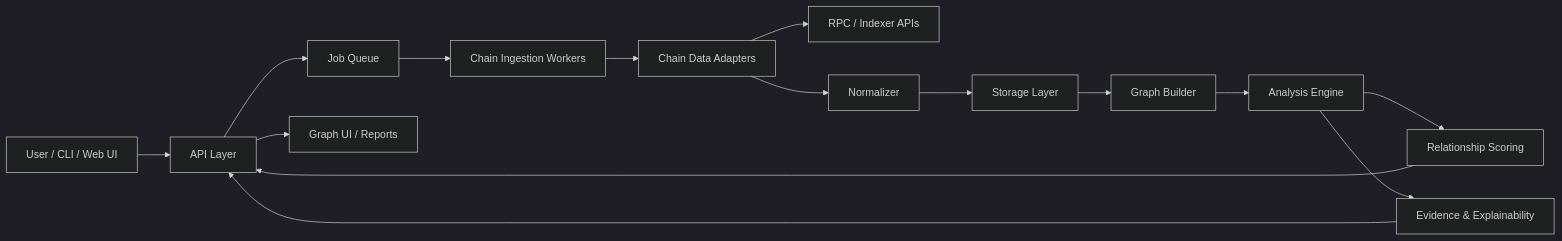
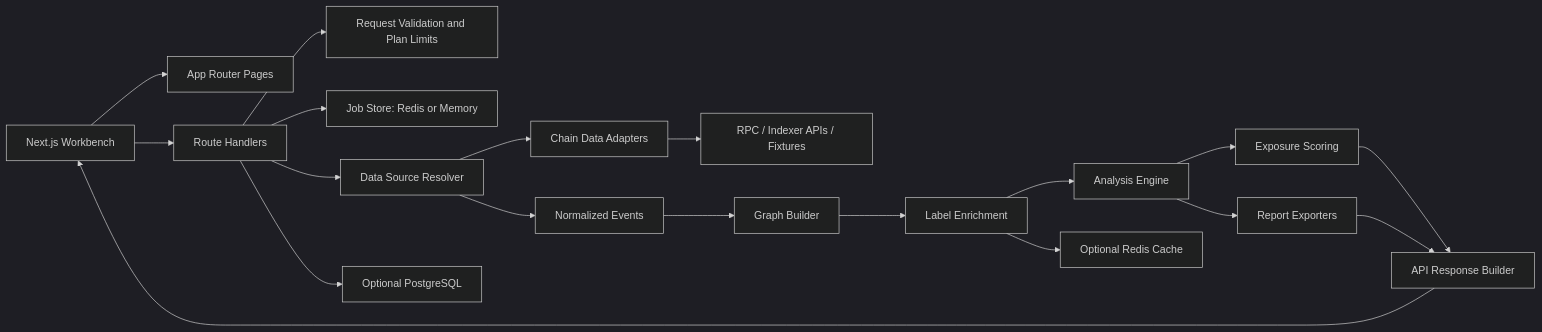
One commit to iruochen/wallet-map changed the diagram in docs/architecture-map.md. Above: the diagram before and after it, drawn with Mermaid (dark theme). The commit also changed other lines of this file and 11 other files, not shown here.

Commit message:
docs: update architecture and vercel redis guidance

````diff
--- a/docs/architecture-map.md
+++ b/docs/architecture-map.md
@@ -36,17 +36,21 @@
 ```mermaid
 flowchart LR
-  U["User / CLI / Web UI"] --> API["API Layer"]
-  API --> JOB["Job Queue"]
-  JOB --> INGEST["Chain Ingestion Workers"]
-  INGEST --> ADAPTER["Chain Data Adapters"]
-  ADAPTER --> RPC["RPC / Indexer APIs"]
-  ADAPTER --> NORM["Normalizer"]
-  NORM --> STORE["Storage Layer"]
-  STORE --> GRAPH["Graph Builder"]
-  GRAPH --> ENGINE["Analysis Engine"]
-  ENGINE --> SCORE["Relationship Scoring"]
-  ENGINE --> EXPLAIN["Evidence & Explainability"]
-  SCORE --> API
-  EXPLAIN --> API
-  API --> UI["Graph UI / Reports"]
+  UI["Next.js Workbench"] --> ROUTES["App Router Pages"]
+  UI --> API["Route Handlers"]
+  API --> LIMITS["Request Validation and Plan Limits"]
+  API --> JOB["Job Store: Redis or Memory"]
+  API --> SOURCE["Data Source Resolver"]
+  SOURCE --> ADAPTERS["Chain Data Adapters"]
+  ADAPTERS --> PROVIDERS["RPC / Indexer APIs / Fixtures"]
+  SOURCE --> EVENTS["Normalized Events"]
+  EVENTS --> GRAPH["Graph Builder"]
+  GRAPH --> LABELS["Label Enrichment"]
+  LABELS --> ANALYZERS["Analysis Engine"]
+  ANALYZERS --> SCORE["Exposure Scoring"]
+  ANALYZERS --> REPORTS["Report Exporters"]
+  SCORE --> RESPONSE["API Response Builder"]
+  REPORTS --> RESPONSE
+  RESPONSE --> UI
+  API --> PG["Optional PostgreSQL"]
+  LABELS --> CACHE["Optional Redis Cache"]
 ```
````
